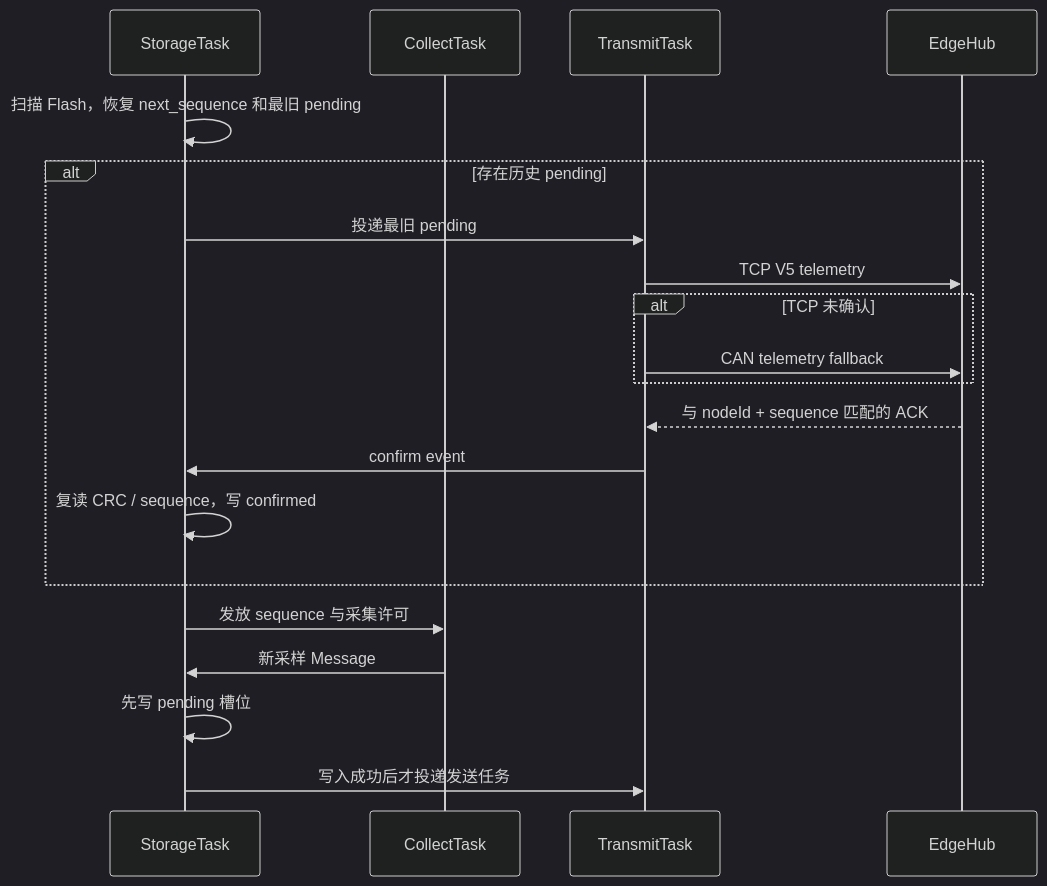
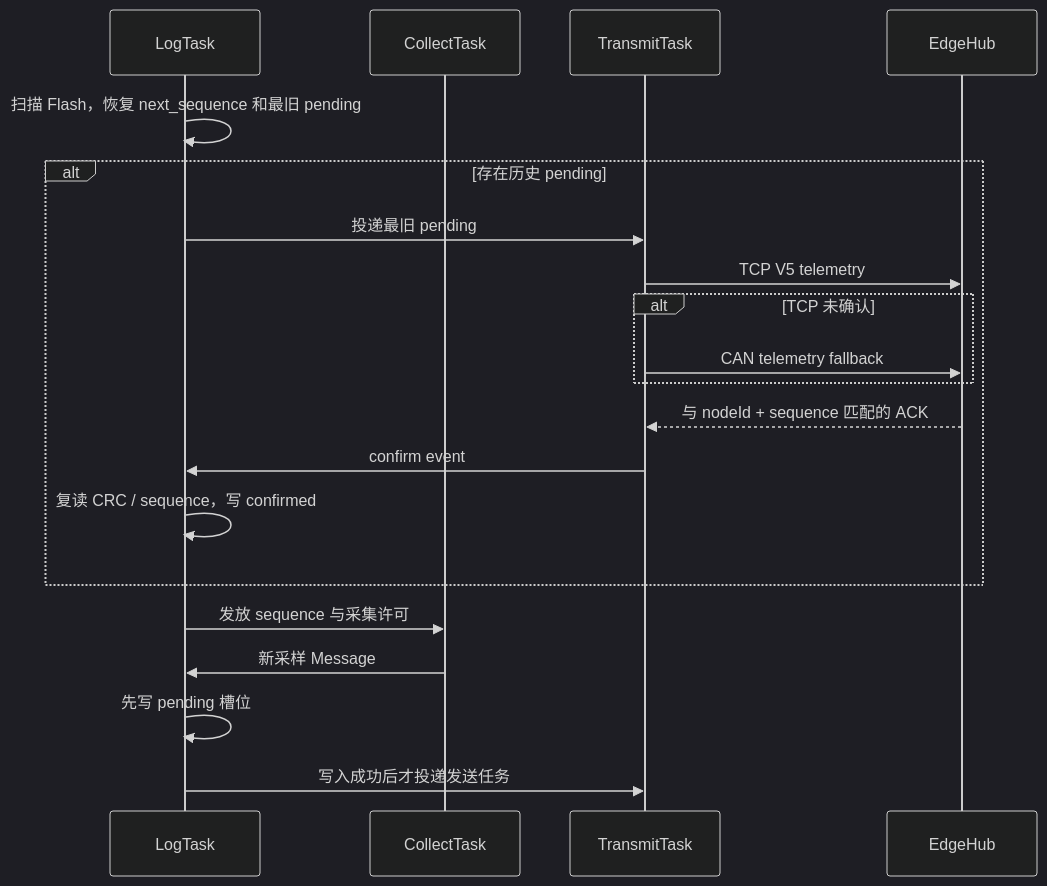
One commit to xccloop/EdgeLink changed the second of 2 diagrams in README.md. Above: the diagram before and after it, drawn with Mermaid (dark theme). The commit also changed other lines of this file, not shown here.

````diff
--- a/README.md
+++ b/README.md
@@ -153,23 +160,23 @@
 ```mermaid
 sequenceDiagram
-    participant S as StorageTask
+    participant S as LogTask
     participant C as CollectTask
     participant T as TransmitTask
     participant H as EdgeHub
 
     S->>S: 扫描 Flash，恢复 next_sequence 和最旧 pending
     alt 存在历史 pending
         S->>T: 投递最旧 pending
         T->>H: TCP V5 telemetry
         alt TCP 未确认
             T->>H: CAN telemetry fallback
         end
         H-->>T: 与 nodeId + sequence 匹配的 ACK
         T->>S: confirm event
         S->>S: 复读 CRC / sequence，写 confirmed
     end
     S->>C: 发放 sequence 与采集许可
     C->>S: 新采样 Message
     S->>S: 先写 pending 槽位
     S->>T: 写入成功后才投递发送任务
 ```
````
